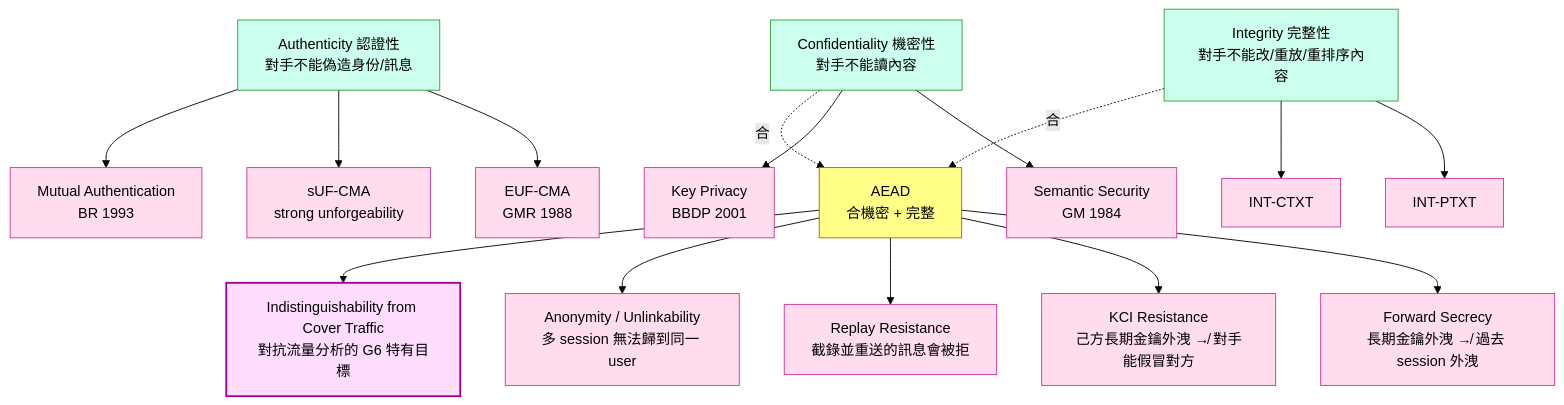
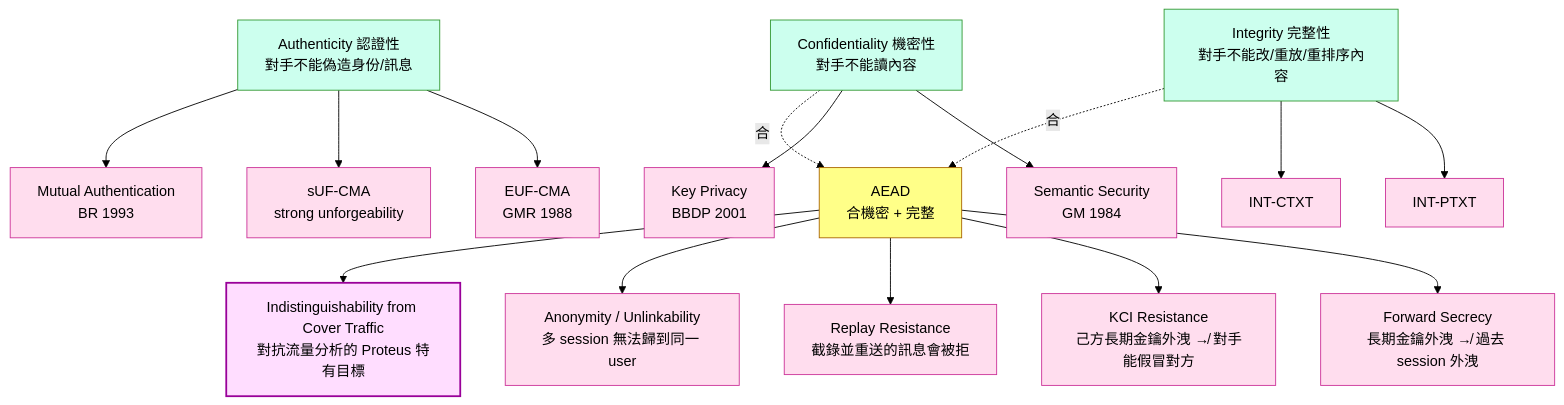
One commit to Icarus603/network-from-scratch changed the first of 5 diagrams in lessons/part-3-cryptography/3.1-crypto-goals-taxonomy.md. Above: the diagram before and after it, drawn with Mermaid (forest theme). The commit also changed other lines of this file and 300 other files, not shown here.

````diff
--- a/lessons/part-3-cryptography/3.1-crypto-goals-taxonomy.md
+++ b/lessons/part-3-cryptography/3.1-crypto-goals-taxonomy.md
@@ -50,31 +50,31 @@
 ```mermaid
 flowchart TD
     classDef primary fill:#cfe,stroke:#393
     classDef derived fill:#fde,stroke:#c39
     classDef ours fill:#fdf,stroke:#909,stroke-width:2px
 
     Conf[Confidentiality 機密性<br/>對手不能讀內容]:::primary
     Auth[Authenticity 認證性<br/>對手不能偽造身份/訊息]:::primary
     Int[Integrity 完整性<br/>對手不能改/重放/重排序內容]:::primary
 
     Conf --> SS[Semantic Security<br/>GM 1984]:::derived
     Conf --> KP[Key Privacy<br/>BBDP 2001]:::derived
 
     Auth --> EUF[EUF-CMA<br/>GMR 1988]:::derived
     Auth --> sUF[sUF-CMA<br/>strong unforgeability]:::derived
     Auth --> Mut[Mutual Authentication<br/>BR 1993]:::derived
 
     Int --> INTPTXT[INT-PTXT]:::derived
     Int --> INTCTXT[INT-CTXT]:::derived
 
     Conf -.合.-> AE[AEAD<br/>合機密 + 完整]:::derived
     Int -.合.-> AE
 
     AE --> PFS[Forward Secrecy<br/>長期金鑰外洩 ↛ 過去 session 外洩]:::derived
     AE --> KCI[KCI Resistance<br/>己方長期金鑰外洩 ↛ 對手能假冒對方]:::derived
     AE --> Replay[Replay Resistance<br/>截錄並重送的訊息會被拒]:::derived
     AE --> Anon[Anonymity / Unlinkability<br/>多 session 無法歸到同一 user]:::derived
-    AE --> Decoy[Indistinguishability from Cover Traffic<br/>對抗流量分析的 G6 特有目標]:::ours
+    AE --> Decoy[Indistinguishability from Cover Traffic<br/>對抗流量分析的 Proteus 特有目標]:::ours
 
     style AE fill:#ff8,stroke:#a60
 ```
````
